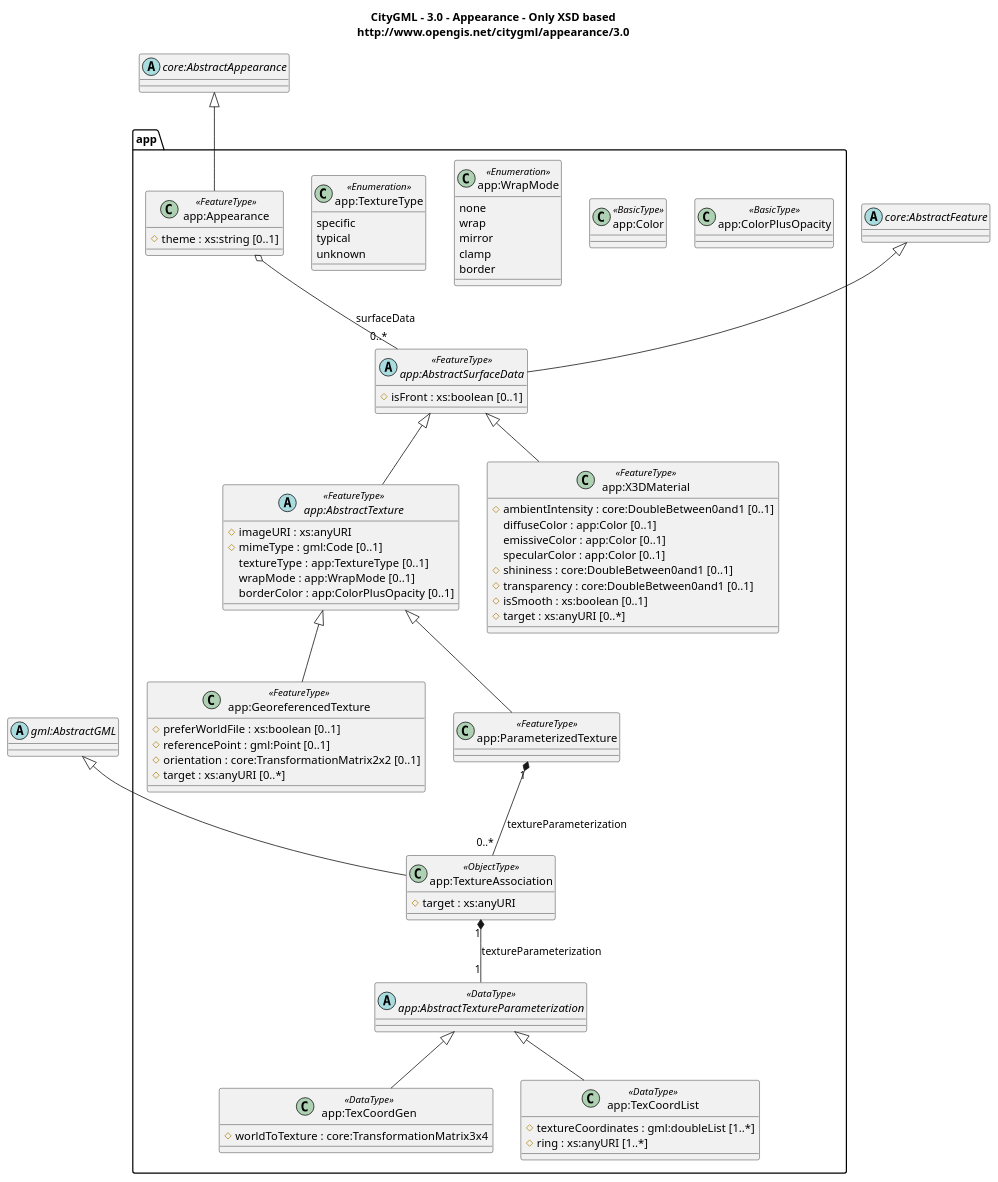
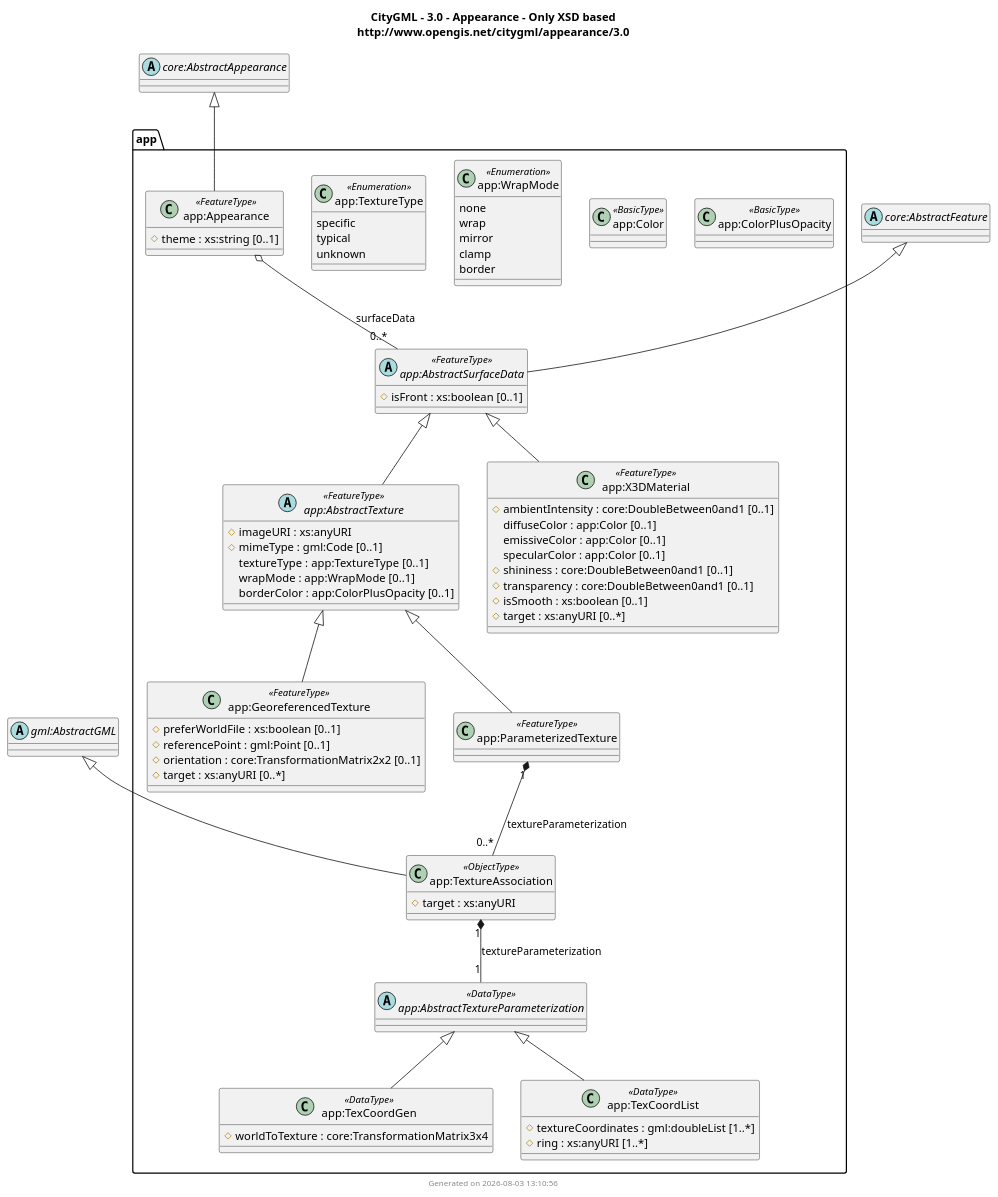
The diagram in docs/output/CityGML/3.0/UMLClassDiagram/appearance.puml (muratkendir/every-class), drawn with PlantUML before and after one commit. The commit also changed 187 other files, not shown here.

First line of the commit message:
Add GML diagrams, timestamp footers, and mkdocs_puml website

```diff
--- a/docs/output/CityGML/3.0/UMLClassDiagram/appearance.puml
+++ b/docs/output/CityGML/3.0/UMLClassDiagram/appearance.puml
@@ -1,165 +1,166 @@
 @startuml
 title
   CityGML - 3.0 - Appearance - Only XSD based
   http://www.opengis.net/citygml/appearance/3.0
 end title
 
 package app {
 abstract class "app:ADEOfAbstractSurfaceData" $adeOf
 class "app:ADEOfAbstractSurfaceDataProperty" $property $adeOf {
   ADEOfAbstractSurfaceData : app:ADEOfAbstractSurfaceData
 }
 abstract class "app:ADEOfAbstractTexture" $adeOf
 class "app:ADEOfAbstractTextureProperty" $property $adeOf {
   ADEOfAbstractTexture : app:ADEOfAbstractTexture
 }
 abstract class "app:ADEOfAppearance" $adeOf
 class "app:ADEOfAppearanceProperty" $property $adeOf {
   ADEOfAppearance : app:ADEOfAppearance
 }
 abstract class "app:ADEOfGeoreferencedTexture" $adeOf
 class "app:ADEOfGeoreferencedTextureProperty" $property $adeOf {
   ADEOfGeoreferencedTexture : app:ADEOfGeoreferencedTexture
 }
 abstract class "app:ADEOfParameterizedTexture" $adeOf
 class "app:ADEOfParameterizedTextureProperty" $property $adeOf {
   ADEOfParameterizedTexture : app:ADEOfParameterizedTexture
 }
 abstract class "app:ADEOfX3DMaterial" $adeOf
 class "app:ADEOfX3DMaterialProperty" $property $adeOf {
   ADEOfX3DMaterial : app:ADEOfX3DMaterial
 }
 abstract class "app:AbstractSurfaceData" <<FeatureType>> {
   # isFront : xs:boolean [0..1]
   ~ adeOfAbstractSurfaceData : app:ADEOfAbstractSurfaceData [0..*]
 }
 class "app:AbstractSurfaceDataProperty" $property {
   AbstractSurfaceData : app:AbstractSurfaceData
 }
 abstract class "app:AbstractTexture" <<FeatureType>> {
   # imageURI : xs:anyURI
   # mimeType : gml:Code [0..1]
   textureType : app:TextureType [0..1]
   wrapMode : app:WrapMode [0..1]
   borderColor : app:ColorPlusOpacity [0..1]
   ~ adeOfAbstractTexture : app:ADEOfAbstractTexture [0..*]
 }
 class "app:AbstractTextureProperty" $property {
   AbstractTexture : app:AbstractTexture
 }
 abstract class "app:AbstractTextureParameterization" <<DataType>>
 class "app:AbstractTextureParameterizationProperty" $property {
   AbstractTextureParameterization : app:AbstractTextureParameterization
 }
 class "app:Appearance" <<FeatureType>> {
   # theme : xs:string [0..1]
   ~ adeOfAppearance : app:ADEOfAppearance [0..*]
 }
 class "app:AppearanceProperty" $property {
   Appearance : app:Appearance
 }
 class "app:GeoreferencedTexture" <<FeatureType>> {
   # preferWorldFile : xs:boolean [0..1]
   # referencePoint : gml:Point [0..1]
   # orientation : core:TransformationMatrix2x2 [0..1]
   # target : xs:anyURI [0..*]
   ~ adeOfGeoreferencedTexture : app:ADEOfGeoreferencedTexture [0..*]
 }
 class "app:GeoreferencedTextureProperty" $property {
   GeoreferencedTexture : app:GeoreferencedTexture
 }
 class "app:ParameterizedTexture" <<FeatureType>> {
   ~ adeOfParameterizedTexture : app:ADEOfParameterizedTexture [0..*]
 }
 class "app:ParameterizedTextureProperty" $property {
   ParameterizedTexture : app:ParameterizedTexture
 }
 class "app:TexCoordGen" <<DataType>> {
   # worldToTexture : core:TransformationMatrix3x4
 }
 class "app:TexCoordGenProperty" $property {
   TexCoordGen : app:TexCoordGen
 }
 class "app:TexCoordList" <<DataType>> {
   # textureCoordinates : gml:doubleList [1..*]
   # ring : xs:anyURI [1..*]
 }
 class "app:TexCoordListProperty" $property {
   TexCoordList : app:TexCoordList
 }
 class "app:TextureAssociation" <<ObjectType>> {
   # target : xs:anyURI
 }
 class "app:TextureAssociationProperty" $property {
   TextureAssociation : app:TextureAssociation
 }
 class "app:X3DMaterial" <<FeatureType>> {
   # ambientIntensity : core:DoubleBetween0and1 [0..1]
   diffuseColor : app:Color [0..1]
   emissiveColor : app:Color [0..1]
   specularColor : app:Color [0..1]
   # shininess : core:DoubleBetween0and1 [0..1]
   # transparency : core:DoubleBetween0and1 [0..1]
   # isSmooth : xs:boolean [0..1]
   # target : xs:anyURI [0..*]
   ~ adeOfX3DMaterial : app:ADEOfX3DMaterial [0..*]
 }
 class "app:X3DMaterialProperty" $property {
   X3DMaterial : app:X3DMaterial
 }
 
 ' Simple types (from <simpleType> declarations)
 class "app:Color" <<BasicType>>
 class "app:ColorPlusOpacity" <<BasicType>>
 class "app:TextureType" <<Enumeration>> {
   specific
   typical
   unknown
 }
 class "app:WrapMode" <<Enumeration>> {
   none
   wrap
   mirror
   clamp
   border
 }
 }
 
 ' External types (unresolved namespaces)
 abstract class "core:AbstractAppearance"
 abstract class "core:AbstractFeature"
 abstract class "gml:AbstractGML"
 
 "core:AbstractFeature" <|-- "app:AbstractSurfaceData"
 "app:AbstractSurfaceData" <|-- "app:AbstractTexture"
 "core:AbstractAppearance" <|-- "app:Appearance"
 "app:AbstractTexture" <|-- "app:GeoreferencedTexture"
 "app:AbstractTexture" <|-- "app:ParameterizedTexture"
 "app:AbstractTextureParameterization" <|-- "app:TexCoordGen"
 "app:AbstractTextureParameterization" <|-- "app:TexCoordList"
 "gml:AbstractGML" <|-- "app:TextureAssociation"
 "app:AbstractSurfaceData" <|-- "app:X3DMaterial"
 
 ' Class relations (promoted from property wrappers)
 "app:Appearance" o-- "0..*" "app:AbstractSurfaceData" : surfaceData
 "app:ParameterizedTexture" "1" *-- "0..*" "app:TextureAssociation" : textureParameterization
 "app:TextureAssociation" "1" *-- "1" "app:AbstractTextureParameterization" : textureParameterization
 
 ' ADE hook classes are removed from rendering by default;
 ' remove the next line to show them.
 remove $adeOf
 
 ' Property pseudo-classes are removed from rendering by default;
 ' remove the next line to show them.
 remove $property
 
 ' ADE hook attributes are marked as package members (~ ) and
 ' hidden from rendering by default; remove the next line to show them.
 hide package members
 
 ' Attributes with value types from other namespaces are marked as
 ' protected members (# ) and shown by default; uncomment the next
 ' line to hide them.
 ' hide protected members
 
+footer Generated on 2026-08-03 13:10:56
 @enduml
```
